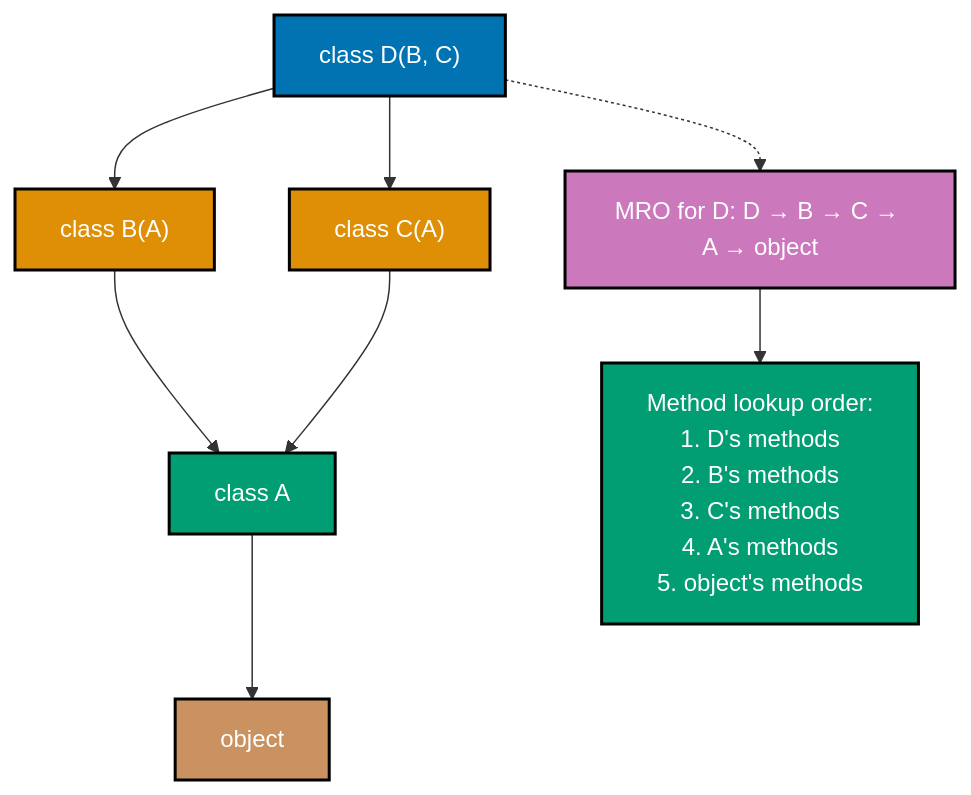
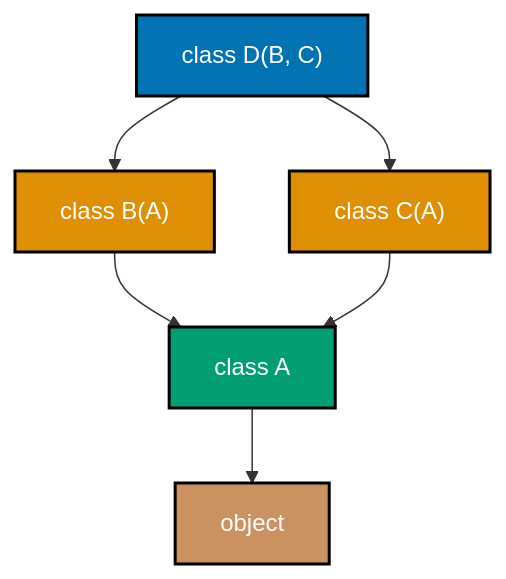
One commit to wahidyankf/ose-primer changed the fourth of 5 diagrams in docs/explanation/software-engineering/programming-languages/python/classes-and-protocols.md. Above: the diagram before and after it, drawn with Mermaid. The commit also changed other lines of this file and 12 other files, not shown here.

Commit message:
fix(docs): fix mermaid violations in python/ docs (batch 2/10)

````diff
--- a/docs/explanation/software-engineering/programming-languages/python/classes-and-protocols.md
+++ b/docs/explanation/software-engineering/programming-languages/python/classes-and-protocols.md
@@ -657,29 +638,21 @@
 ```mermaid
 %% Color Palette: Blue #0173B2, Orange #DE8F05, Teal #029E73, Purple #CC78BC, Brown #CA9161
 graph TD
   A[class D#40;B, C#41;]:::blue
   B[class B#40;A#41;]:::orange
   C[class C#40;A#41;]:::orange
   D[class A]:::teal
   E[object]:::brown
 
   A --> B
   A --> C
   B --> D
   C --> D
   D --> E
 
-  F[MRO for D: D → B → C → A → object]:::purple
-
-  A -.-> F
-
-  note1[Method lookup order:<br/>1. D's methods<br/>2. B's methods<br/>3. C's methods<br/>4. A's methods<br/>5. object's methods]:::teal
-
-  F --> note1
-
   classDef blue fill:#0173B2,stroke:#000000,color:#FFFFFF,stroke-width:2px
   classDef orange fill:#DE8F05,stroke:#000000,color:#FFFFFF,stroke-width:2px
   classDef teal fill:#029E73,stroke:#000000,color:#FFFFFF,stroke-width:2px
   classDef purple fill:#CC78BC,stroke:#000000,color:#FFFFFF,stroke-width:2px
   classDef brown fill:#CA9161,stroke:#000000,color:#FFFFFF,stroke-width:2px
 ```
````
